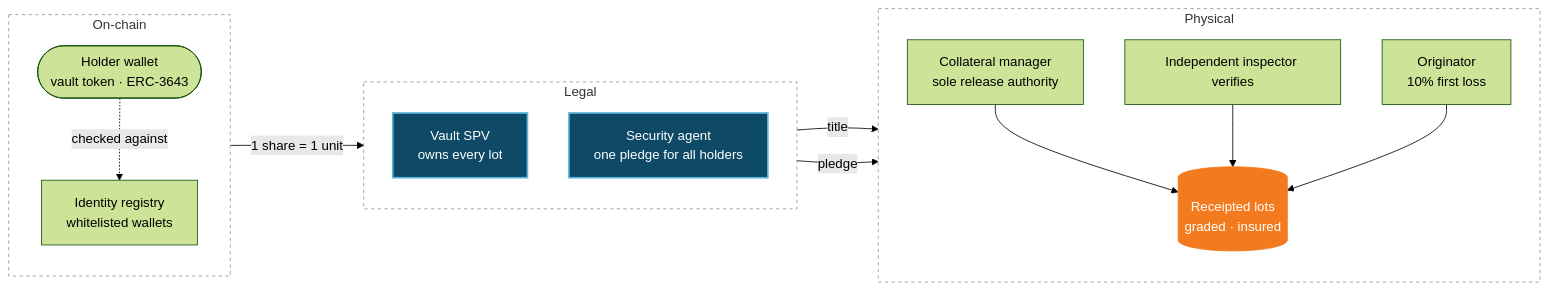
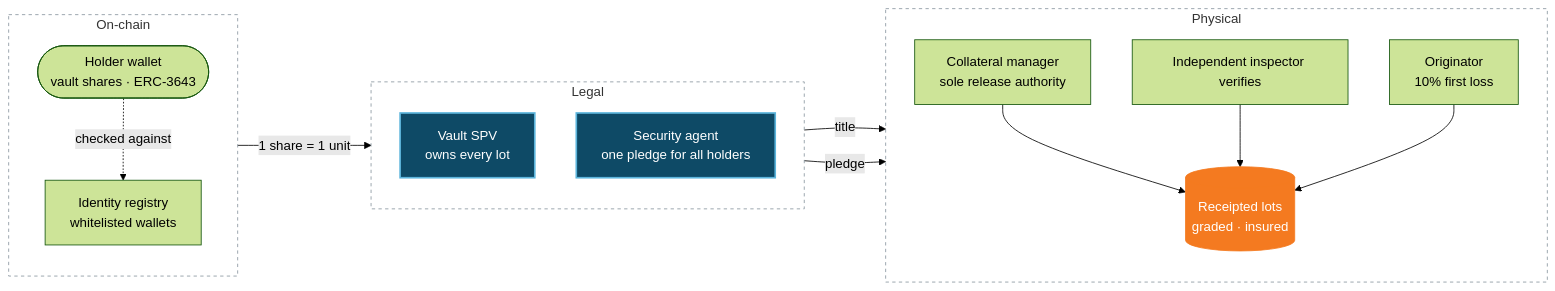
One commit to cargofinance/documentation changed the first of 2 diagrams in ecosystem/rwa-vault-mechanism.mdx. Above: the diagram before and after it, drawn with Mermaid (forest theme). The commit also changed other lines of this file and 23 other files, not shown here.

First line of the commit message:
Public wording: vault shares instead of tokens; remove sponsor name and issuer jurisdiction

````diff
--- a/ecosystem/rwa-vault-mechanism.mdx
+++ b/ecosystem/rwa-vault-mechanism.mdx
@@ -14,28 +14,28 @@
 ```mermaid
 flowchart LR
     subgraph CHAIN["On-chain"]
         direction TB
-        W(["Holder wallet<br/>vault token · ERC-3643"]) -. "checked against" .-> IR["Identity registry<br/>whitelisted wallets"]
+        W(["Holder wallet<br/>vault shares · ERC-3643"]) -. "checked against" .-> IR["Identity registry<br/>whitelisted wallets"]
     end
     subgraph LEGAL["Legal"]
         direction TB
         SPV["Vault SPV<br/>owns every lot"]
         SA["Security agent<br/>one pledge for all holders"]
     end
     subgraph PHYSICAL["Physical"]
         direction TB
         CM["Collateral manager<br/>sole release authority"] --> LOTS[("Receipted lots<br/>graded · insured")]
         V["Independent inspector verifies"] --> LOTS
         O["Originator<br/>10% first loss"] --> LOTS
     end
     W -- "1 share = 1 unit" --> SPV
     SPV -- "title" --> LOTS
     SA -- "pledge" --> CM
     classDef key fill:#0E4A66,stroke:#5BB4DB,stroke-width:2px,color:#ffffff
     classDef accent fill:#F47A20,stroke:#F47A20,color:#ffffff
     class SPV,SA key
     class LOTS accent
     style CHAIN fill:transparent,stroke:#8A96A0,stroke-dasharray:4 4
     style LEGAL fill:transparent,stroke:#8A96A0,stroke-dasharray:4 4
     style PHYSICAL fill:transparent,stroke:#8A96A0,stroke-dasharray:4 4
 ```
````
